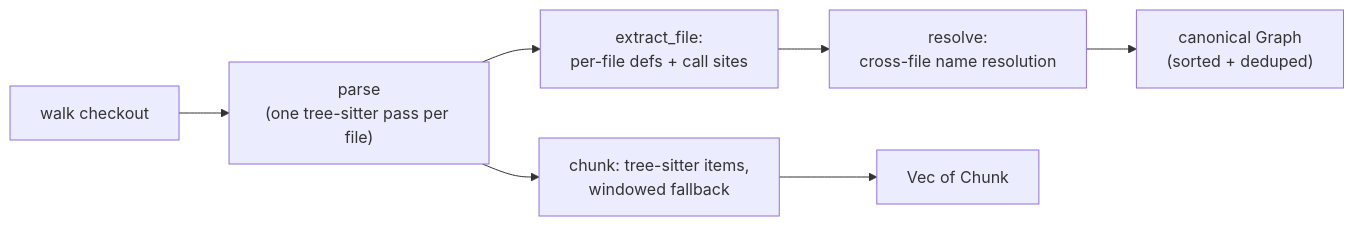
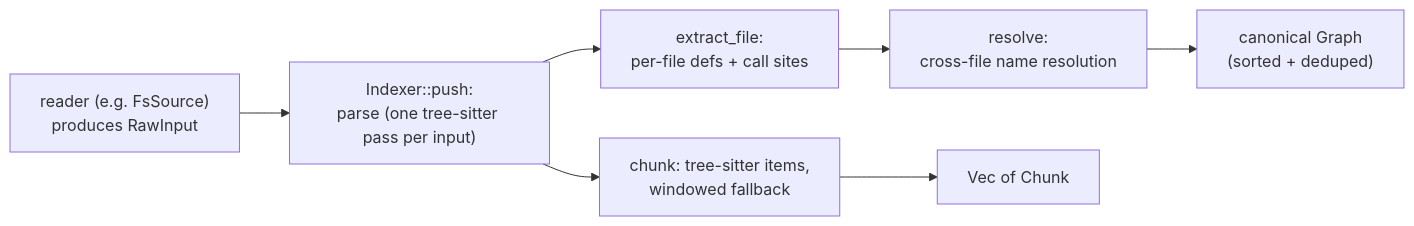
One commit to ADORSYS-GIS/lci-codegraph changed the second of 2 diagrams in README.md. Above: the diagram before and after it, drawn with Mermaid. The commit also changed other lines of this file and 13 other files, not shown here.

First line of the commit message:
feat!: index raw inputs; the filesystem checkout is one reader (#15)

````diff
--- a/README.md
+++ b/README.md
@@ -130,9 +205,9 @@
 ```mermaid
 flowchart LR
-    A[walk checkout] --> B["parse<br/>(one tree-sitter pass per file)"]
+    A["reader (e.g. FsSource)<br/>produces RawInput"] --> B["Indexer::push:<br/>parse (one tree-sitter pass per input)"]
     B --> C["chunk: tree-sitter items,<br/>windowed fallback"]
     B --> D["extract_file:<br/>per-file defs + call sites"]
     D --> E["resolve:<br/>cross-file name resolution"]
     E --> F["canonical Graph<br/>(sorted + deduped)"]
     C --> G[Vec of Chunk]
 ```
````
